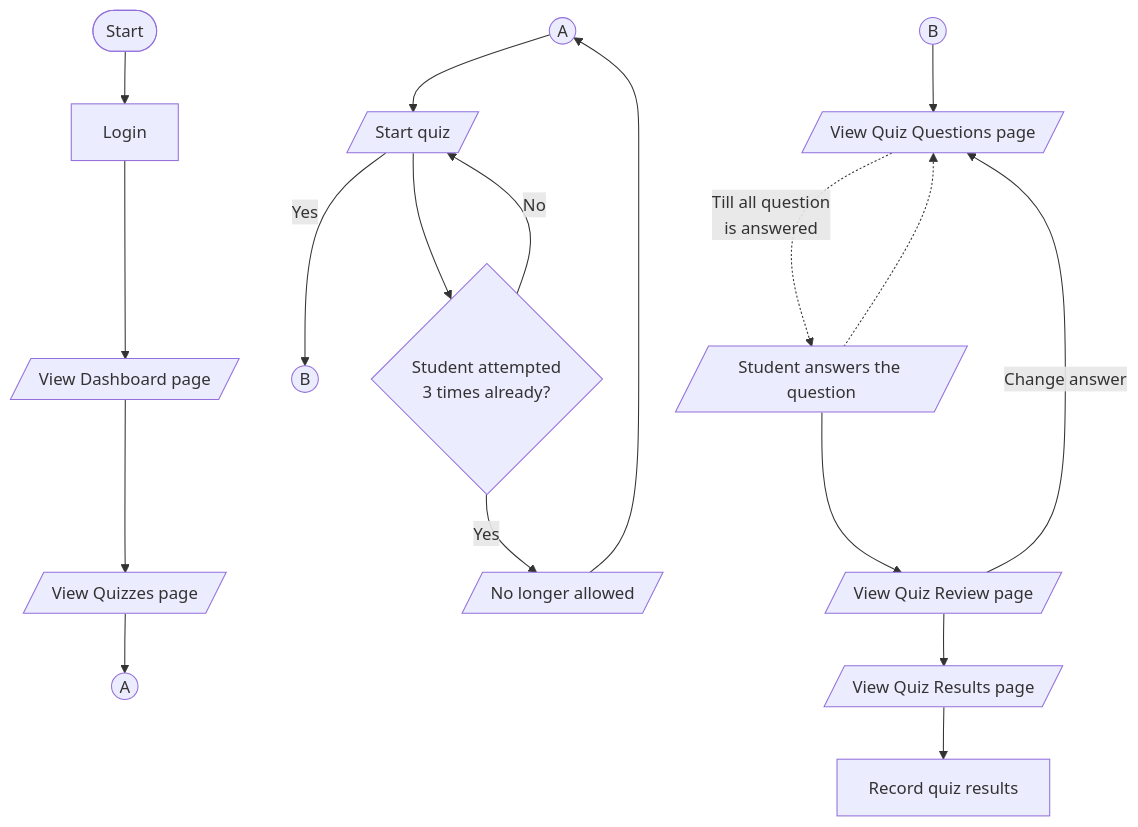
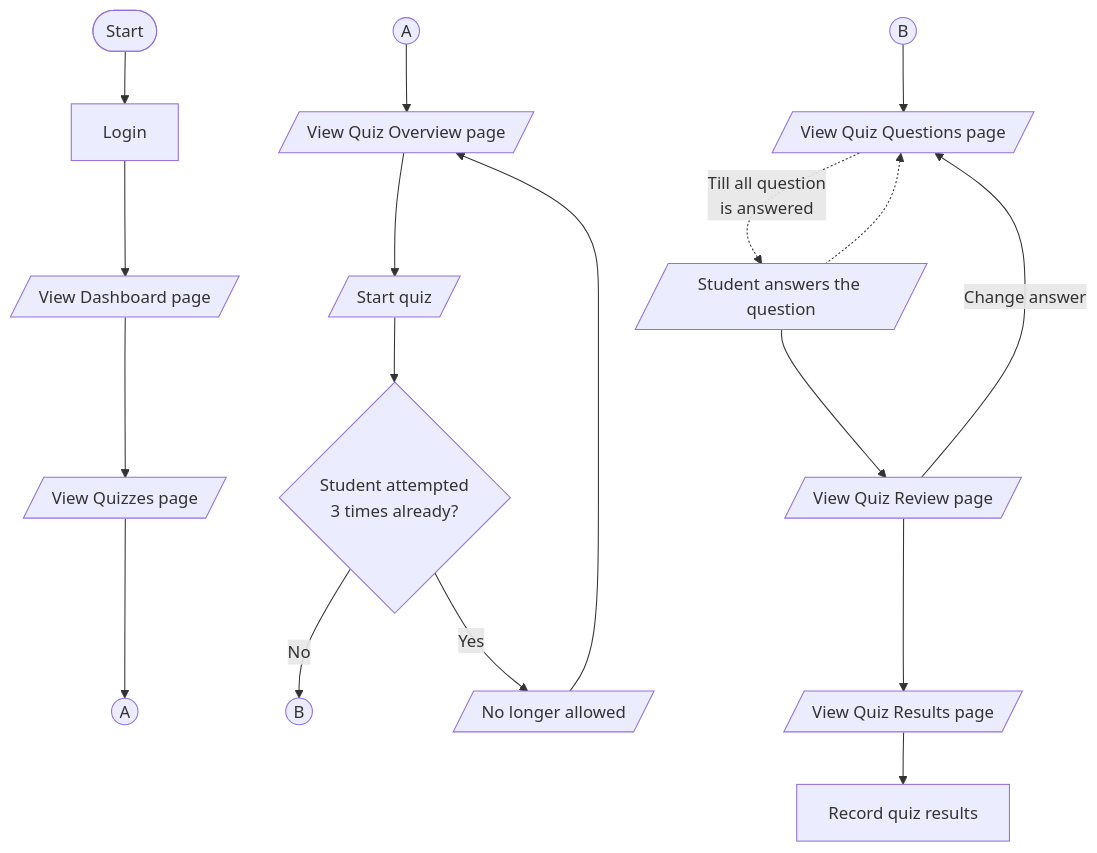
The diagram in docs/how-to-take-quiz.md (rirjkl19/css-shared), drawn with Mermaid before and after one commit.

Commit message:
Fix how to take quiz docs

````diff
--- a/docs/how-to-take-quiz.md
+++ b/docs/how-to-take-quiz.md
@@ -41,43 +41,43 @@
 ```mermaid
 graph TB
     Start([Start])
     Login[Login]
     Dashboard[/View Dashboard page/]
 
     CONNECTOR_A((A))
     CONNECTOR_AA((A))
     CONNECTOR_B((B))
     CONNECTOR_BB((B))
 
     Quizzes[/View Quizzes page/]
+    QuizOverview[/View Quiz Overview page/]
 
     HasMaxAttempts{Student attempted \n3 times already?}
     StartQuiz[/Start quiz/]
     Block[/No longer allowed/]
     QuizQuestions[/View Quiz Questions page/]
     QuizAnswers[/Student answers the question/]
     QuizResults[/View Quiz Results page/]
     QuizReview[/View Quiz Review page/]
     RecordQuizResults[Record quiz results]
 
         Start --> Login --> Dashboard
         Dashboard --> Quizzes
         Quizzes --> CONNECTOR_A
 
-        CONNECTOR_AA --> StartQuiz
+        CONNECTOR_AA --> QuizOverview
+        QuizOverview --> StartQuiz
         StartQuiz --> HasMaxAttempts
         HasMaxAttempts --> |Yes| Block
-        Block --> CONNECTOR_AA
-        HasMaxAttempts --> |No| StartQuiz
-        StartQuiz --> |Yes| CONNECTOR_B
+        Block --> QuizOverview
+        HasMaxAttempts --> |No| CONNECTOR_B
         
         
-        %% StartQuiz --> QuizQuestions
         CONNECTOR_BB --> QuizQuestions
         QuizQuestions -.-> |Till all question\n is answered| QuizAnswers
         QuizAnswers -.-> QuizQuestions
         QuizAnswers --> QuizReview
         QuizReview --> |Change answer| QuizQuestions
         QuizReview --> QuizResults
         QuizResults --> RecordQuizResults
 ```
````
